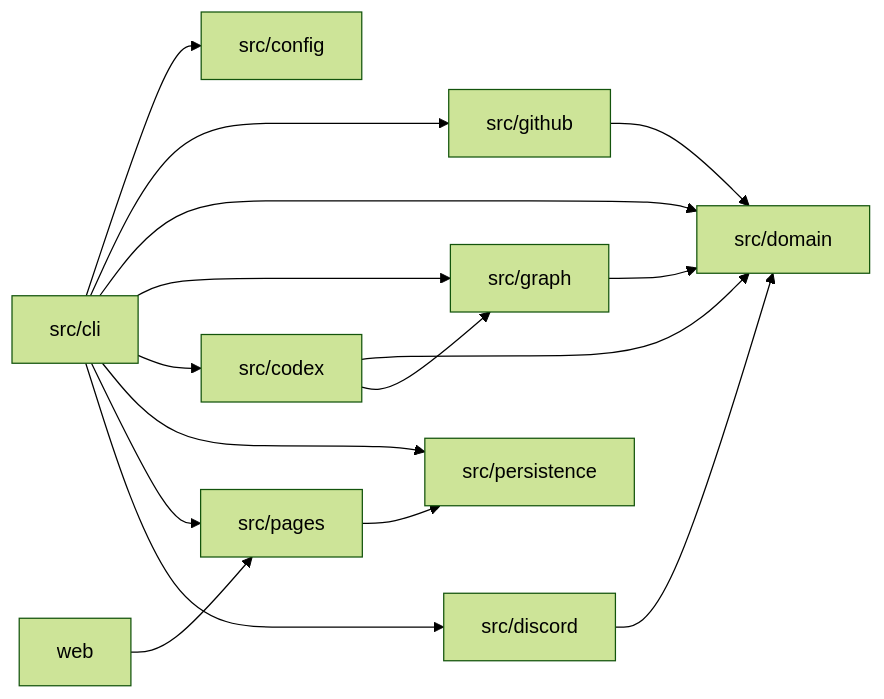
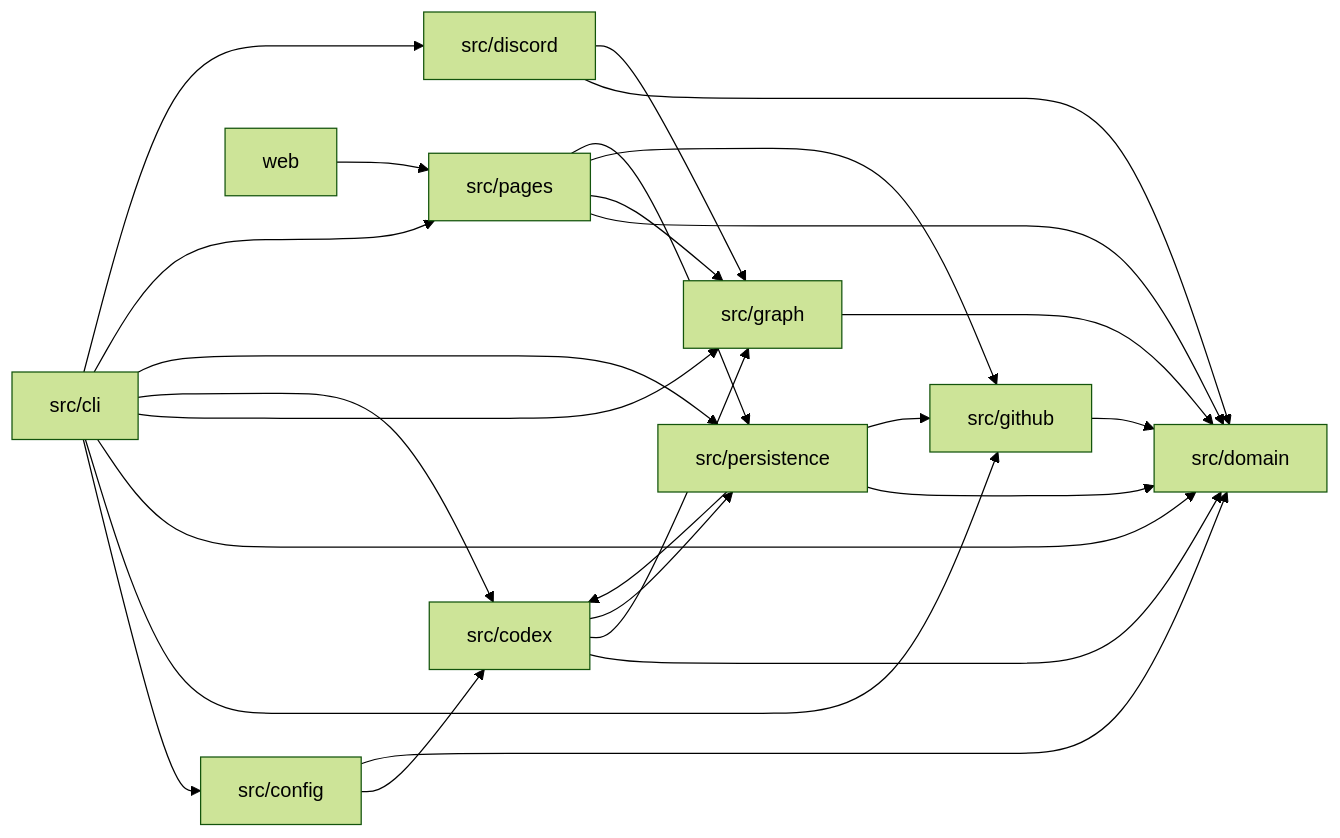
Before and after one commit to Hiroshiba/voicevox_task_tracker: the diagram in docs/ARCHITECTURE.md, drawn with Mermaid (forest theme). The commit also changed other lines of this file, not shown here.

First line of the commit message:
docs: ARCHITECTURE.mdを実装の実態に合わせる

````diff
--- a/docs/ARCHITECTURE.md
+++ b/docs/ARCHITECTURE.md
@@ -27,18 +27,28 @@
 ```mermaid
 flowchart LR
   CLI[src/cli] --> Config[src/config]
   CLI --> GitHub[src/github]
   CLI --> Domain[src/domain]
   CLI --> Graph[src/graph]
   CLI --> Codex[src/codex]
   CLI --> State[src/persistence]
   CLI --> Pages[src/pages]
   CLI --> Discord[src/discord]
+  Config --> Codex
+  Config --> Domain
   GitHub --> Domain
   Graph --> Domain
   Codex --> Domain
   Codex --> Graph
+  Codex --> State
+  State --> Codex
+  State --> Domain
+  State --> GitHub
+  Pages --> Domain
+  Pages --> Graph
+  Pages --> GitHub
   Pages --> State
   Discord --> Domain
+  Discord --> Graph
   Web[web] --> Pages
 ```
````
